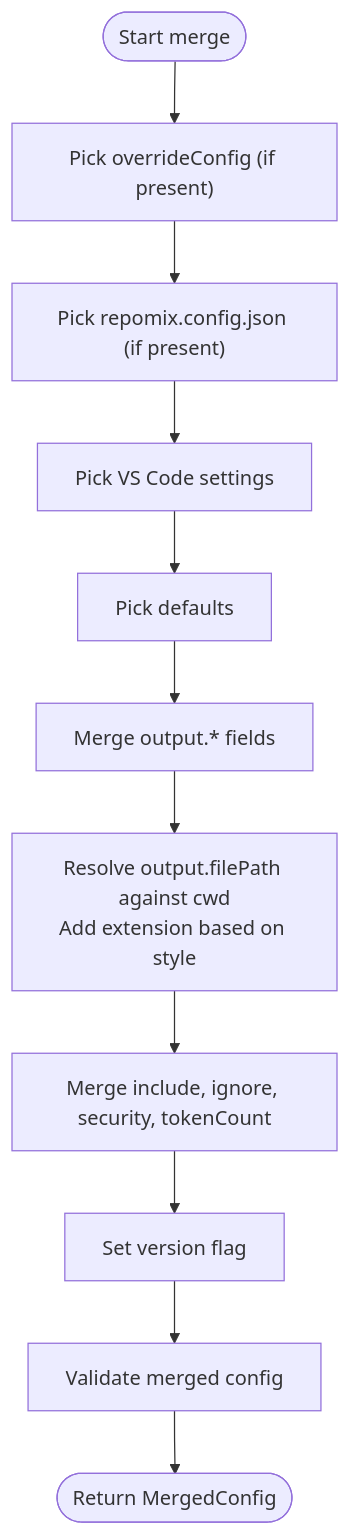
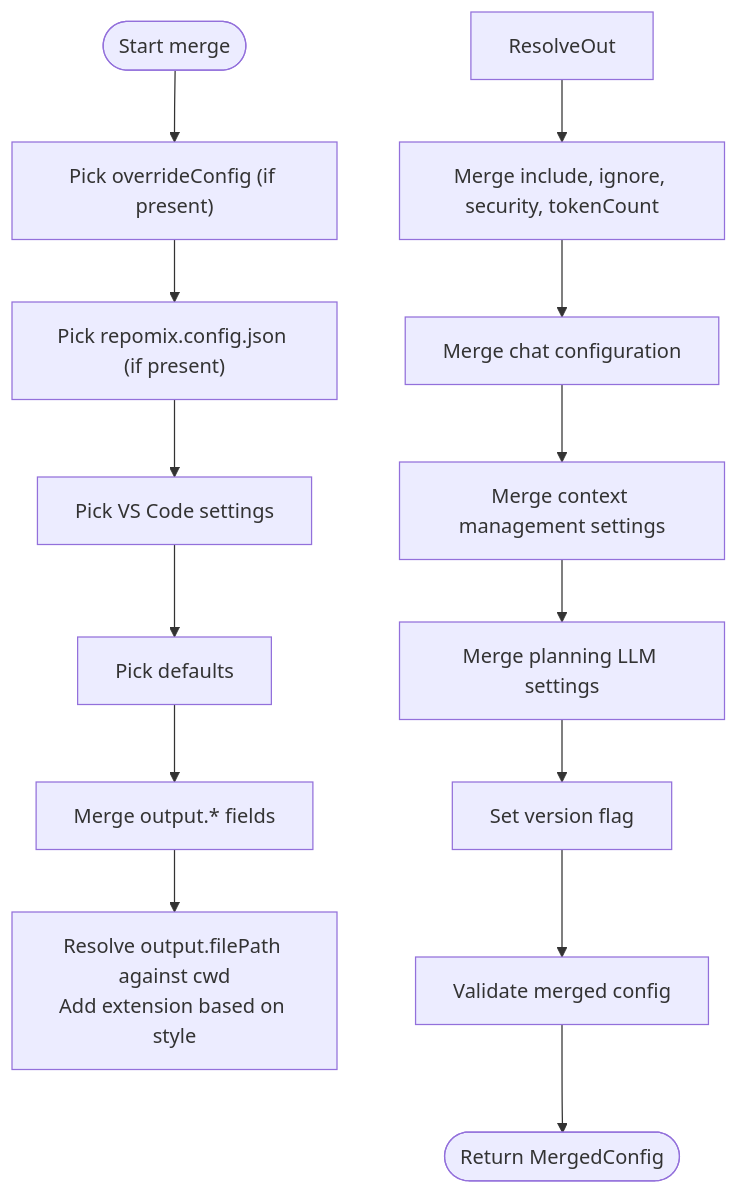
Before and after one commit to bramburn/repomix-runner: the third of 11 diagrams in .qoder/repowiki/en/content/Configuration Management/Configuration Management.md, drawn with Mermaid. The commit also changed other lines of this file and 27 other files, not shown here.

````diff
--- a/.qoder/repowiki/en/content/Configuration Management/Configuration Management.md
+++ b/.qoder/repowiki/en/content/Configuration Management/Configuration Management.md
@@ -177,13 +235,16 @@
 ```mermaid
 flowchart TD
 Start(["Start merge"]) --> PickOverride["Pick overrideConfig (if present)"]
 PickOverride --> PickFile["Pick repomix.config.json (if present)"]
 PickFile --> PickVS["Pick VS Code settings"]
 PickVS --> PickBase["Pick defaults"]
 PickBase --> MergeOut["Merge output.* fields"]
 MergeOut --> ResolvePath["Resolve output.filePath against cwd<br/>Add extension based on style"]
-ResolvePath --> MergeOthers["Merge include, ignore, security, tokenCount"]
-MergeOthers --> VersionCfg["Set version flag"]
+ResolveOut --> MergeOthers["Merge include, ignore, security, tokenCount"]
+MergeOthers --> MergeChat["Merge chat configuration"]
+MergeChat --> MergeContext["Merge context management settings"]
+MergeContext --> MergePlanning["Merge planning LLM settings"]
+MergePlanning --> VersionCfg["Set version flag"]
 VersionCfg --> Validate["Validate merged config"]
 Validate --> End(["Return MergedConfig"])
 ```
````
